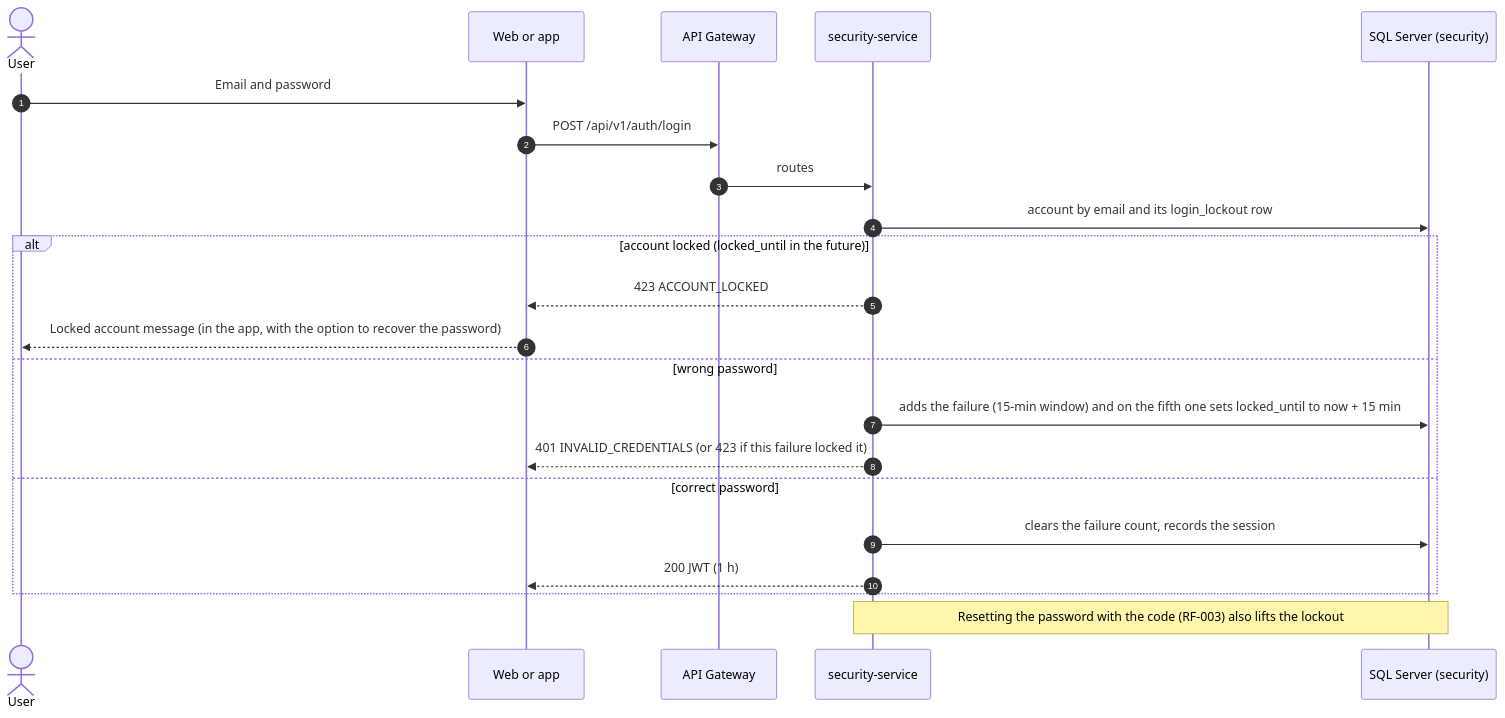
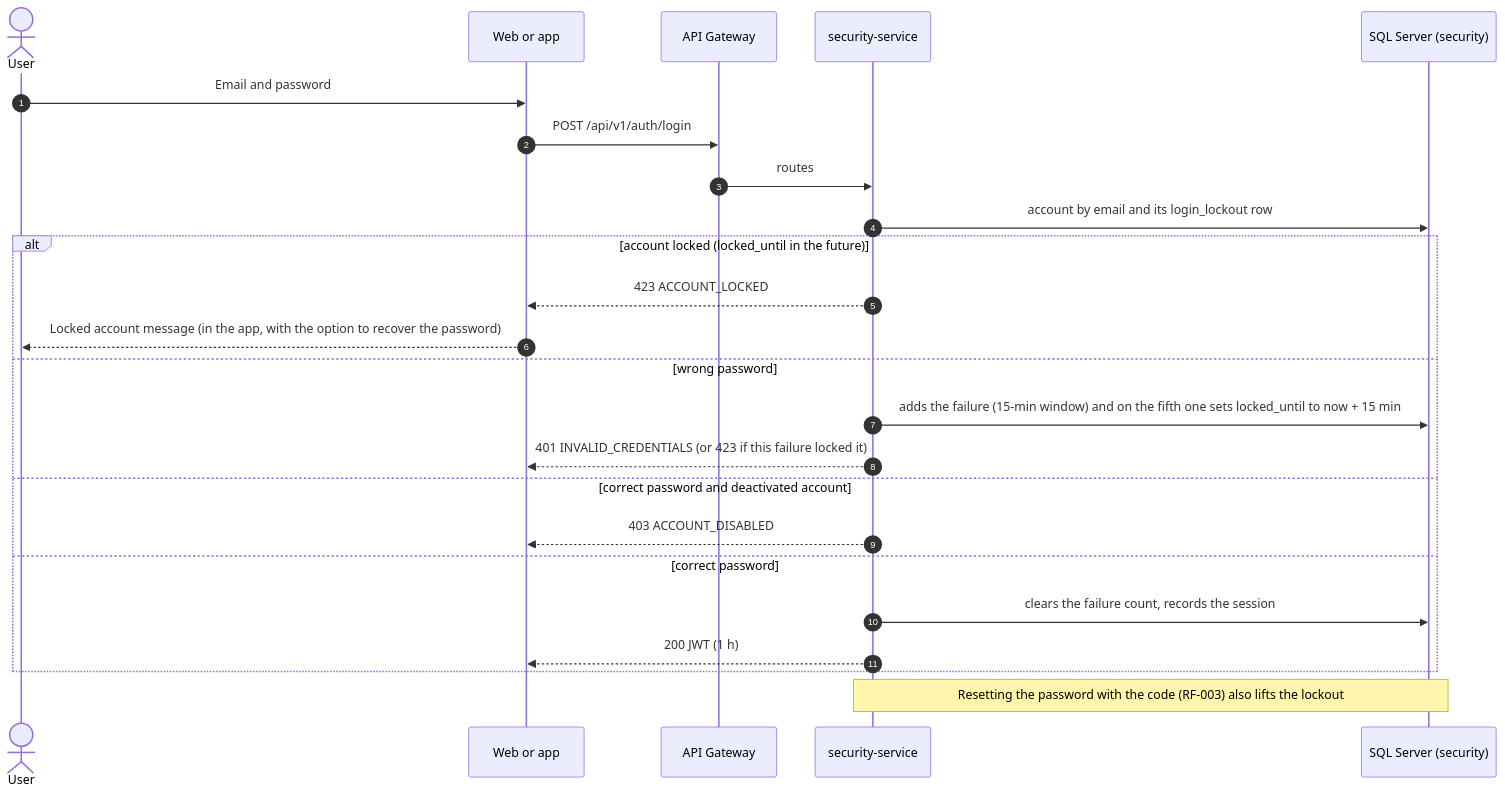
Before and after one commit to BrayanCABRERA123/lavarapido-docs: diagram 12 of 26 in 02_DOCUMENTACION_DE_ANALISIS_DEL_SOFTWARE/EN/MD/software-analysis-documentation.md, drawn with Mermaid. The commit also changed other lines of this file and 7 other files, not shown here.

Commit message:
docs(analysis): correct sequences and states against the code and redraw the diagrams (2.3)

````diff
--- a/02_DOCUMENTACION_DE_ANALISIS_DEL_SOFTWARE/EN/MD/software-analysis-documentation.md
+++ b/02_DOCUMENTACION_DE_ANALISIS_DEL_SOFTWARE/EN/MD/software-analysis-documentation.md
@@ -502,25 +512,27 @@
 ```mermaid
 sequenceDiagram
     autonumber
     actor U as User
     participant W as Web or app
     participant GW as API Gateway
     participant S as security-service
     participant DB as SQL Server (security)
 
     U->>W: Email and password
     W->>GW: POST /api/v1/auth/login
     GW->>S: routes
     S->>DB: account by email and its login_lockout row
     alt account locked (locked_until in the future)
         S-->>W: 423 ACCOUNT_LOCKED
         W-->>U: Locked account message (in the app, with the option to recover the password)
     else wrong password
         S->>DB: adds the failure (15-min window) and on the fifth one sets locked_until to now + 15 min
         S-->>W: 401 INVALID_CREDENTIALS (or 423 if this failure locked it)
+    else correct password and deactivated account
+        S-->>W: 403 ACCOUNT_DISABLED
     else correct password
         S->>DB: clears the failure count, records the session
         S-->>W: 200 JWT (1 h)
     end
     Note over S,DB: Resetting the password with the code (RF-003) also lifts the lockout
 ```
````
